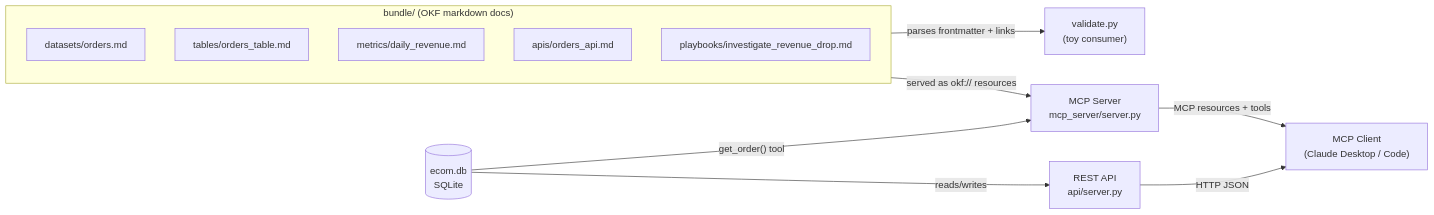
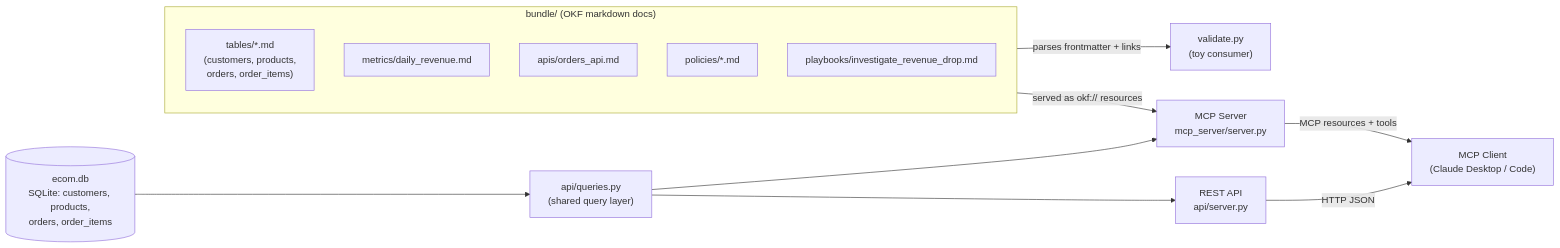
One commit to Adhishtanaka/okf-sample changed the first of 2 diagrams in README.md. Above: the diagram before and after it, drawn with Mermaid. The commit also changed other lines of this file and 16 other files, not shown here.

Commit message:
Refactor ecom.db schema: Introduce relational model with customers, products, orders, and order_items; update API endpoints and documentation accordingly.

````diff
--- a/README.md
+++ b/README.md
@@ -14,24 +15,26 @@
 ```mermaid
 flowchart LR
     subgraph Bundle["bundle/ (OKF markdown docs)"]
         direction TB
-        D[datasets/orders.md]
-        T[tables/orders_table.md]
+        Tables["tables/*.md\n(customers, products,\norders, order_items)"]
         M[metrics/daily_revenue.md]
         A[apis/orders_api.md]
-        P[playbooks/investigate_revenue_drop.md]
+        Pol["policies/*.md"]
+        Play[playbooks/investigate_revenue_drop.md]
     end
 
-    DB[("ecom.db\nSQLite")]
+    DB[("ecom.db\nSQLite: customers, products,\norders, order_items")]
+    Queries["api/queries.py\n(shared query layer)"]
     Validate["validate.py\n(toy consumer)"]
     RestApi["REST API\napi/server.py"]
     McpServer["MCP Server\nmcp_server/server.py"]
     Client["MCP Client\n(Claude Desktop / Code)"]
 
     Bundle -- "parses frontmatter + links" --> Validate
     Bundle -- "served as okf:// resources" --> McpServer
-    DB -- "reads/writes" --> RestApi
-    DB -- "get_order() tool" --> McpServer
+    DB --> Queries
+    Queries --> RestApi
+    Queries --> McpServer
     RestApi -- "HTTP JSON" --> Client
     McpServer -- "MCP resources + tools" --> Client
 ```
````
